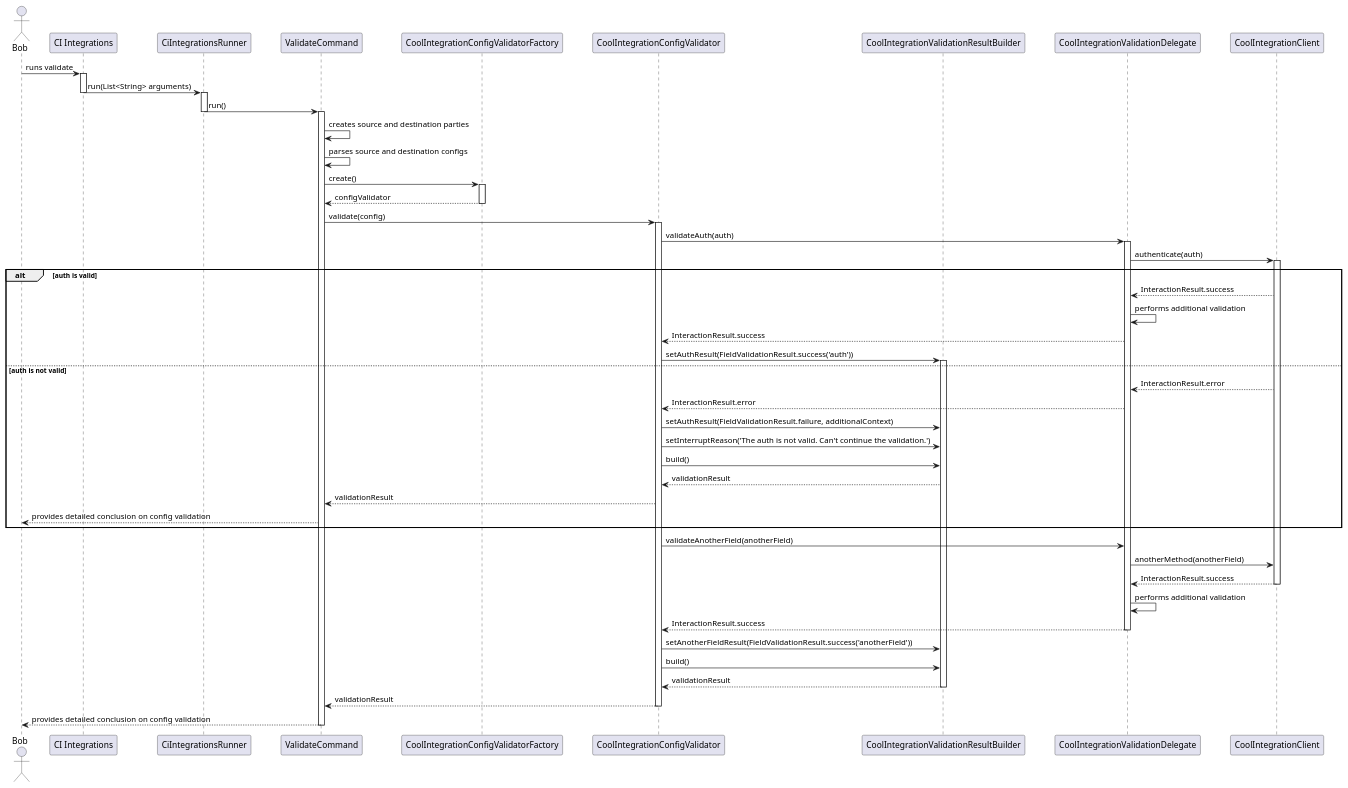
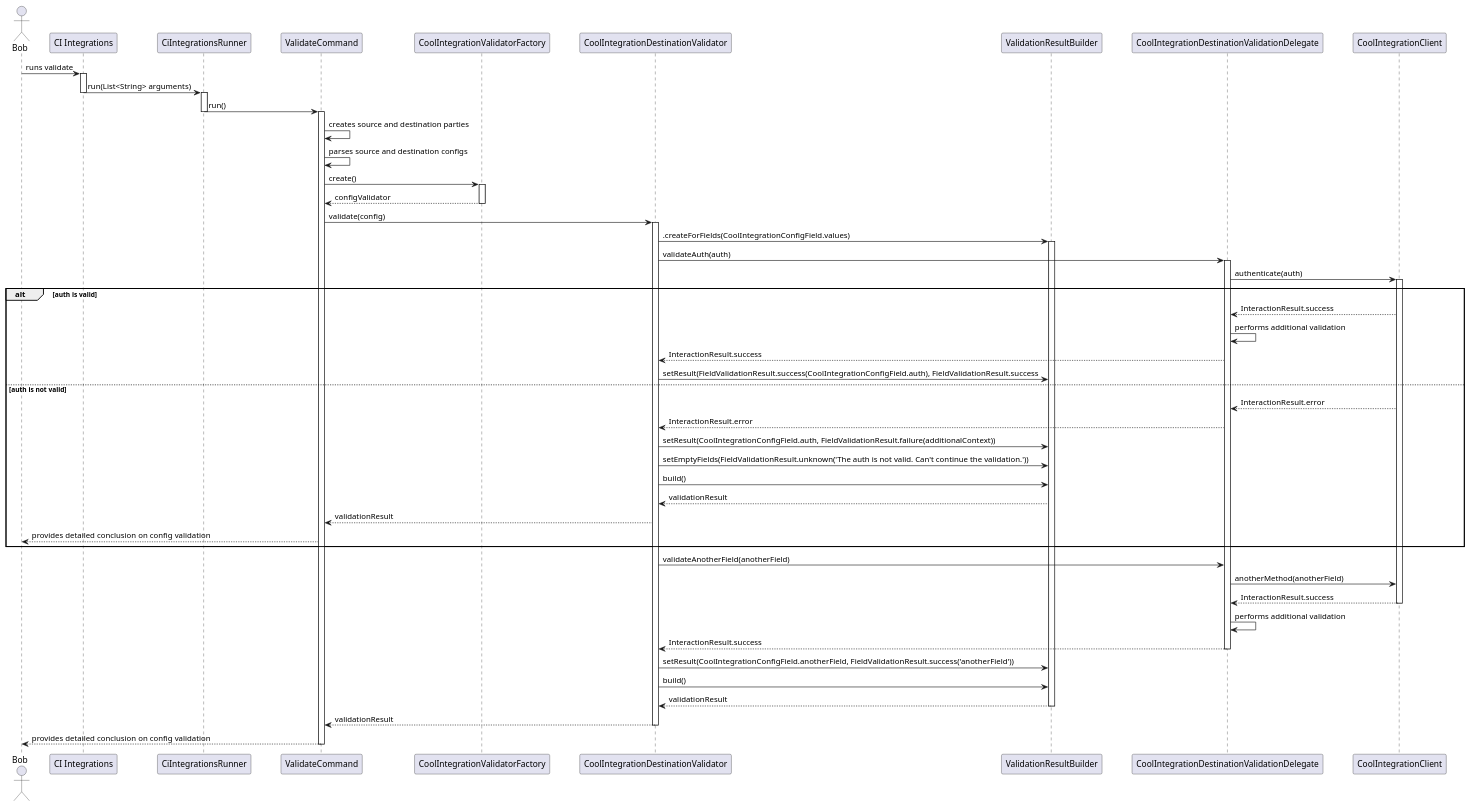
The diagram in metrics/ci_integrations/docs/diagrams/ci_integrations_config_validator_sequence_diagram.puml (Flank/flank-dashboard), drawn with PlantUML before and after one commit. The commit also changed 3 other files, not shown here.

Commit message:
Update config validator design

```diff
--- a/metrics/ci_integrations/docs/diagrams/ci_integrations_config_validator_sequence_diagram.puml
+++ b/metrics/ci_integrations/docs/diagrams/ci_integrations_config_validator_sequence_diagram.puml
@@ -1,94 +1,96 @@
 @startuml ci_integrations_config_validator_sequence_diagram
 
 skinparam ParticipantPadding 20
 skinparam BoxPadding 10
 
 actor Bob
 
 participant "CI Integrations"
 participant CiIntegrationsRunner
 participant ValidateCommand
-participant CoolIntegrationConfigValidatorFactory
-participant CoolIntegrationConfigValidator
-participant CoolIntegrationValidationResultBuilder
-participant CoolIntegrationValidationDelegate
+participant CoolIntegrationValidatorFactory
+participant CoolIntegrationDestinationValidator
+participant ValidationResultBuilder
+participant CoolIntegrationDestinationValidationDelegate
 participant CoolIntegrationClient
 
 Bob -> "CI Integrations" : runs validate
 activate "CI Integrations"
 
 "CI Integrations" -> CiIntegrationsRunner: run(List<String> arguments)
 deactivate "CI Integrations"
 activate CiIntegrationsRunner
 
 CiIntegrationsRunner -> ValidateCommand: run()
 deactivate CiIntegrationsRunner
 activate ValidateCommand
 
 ValidateCommand -> ValidateCommand : creates source and destination parties
 ValidateCommand -> ValidateCommand : parses source and destination configs
 
-ValidateCommand -> CoolIntegrationConfigValidatorFactory : create()
-activate CoolIntegrationConfigValidatorFactory
+ValidateCommand -> CoolIntegrationValidatorFactory : create()
+activate CoolIntegrationValidatorFactory
 
-CoolIntegrationConfigValidatorFactory --> ValidateCommand : configValidator
-deactivate CoolIntegrationConfigValidatorFactory
+CoolIntegrationValidatorFactory --> ValidateCommand : configValidator
+deactivate CoolIntegrationValidatorFactory
 
-ValidateCommand -> CoolIntegrationConfigValidator : validate(config)
-activate CoolIntegrationConfigValidator
+ValidateCommand -> CoolIntegrationDestinationValidator : validate(config)
+activate CoolIntegrationDestinationValidator
 
-CoolIntegrationConfigValidator -> CoolIntegrationValidationDelegate : validateAuth(auth)
-activate CoolIntegrationValidationDelegate
+CoolIntegrationDestinationValidator -> ValidationResultBuilder : .createForFields(CoolIntegrationConfigField.values)
+activate ValidationResultBuilder
 
-CoolIntegrationValidationDelegate -> CoolIntegrationClient : authenticate(auth)
+CoolIntegrationDestinationValidator -> CoolIntegrationDestinationValidationDelegate : validateAuth(auth)
+
+activate CoolIntegrationDestinationValidationDelegate
+
+CoolIntegrationDestinationValidationDelegate -> CoolIntegrationClient : authenticate(auth)
 activate  CoolIntegrationClient
 
 alt auth is valid
 
-    CoolIntegrationClient --> CoolIntegrationValidationDelegate : InteractionResult.success
-    CoolIntegrationValidationDelegate -> CoolIntegrationValidationDelegate : performs additional validation
-    CoolIntegrationValidationDelegate --> CoolIntegrationConfigValidator : InteractionResult.success
-    CoolIntegrationConfigValidator -> CoolIntegrationValidationResultBuilder : setAuthResult(FieldValidationResult.success('auth'))
-    activate CoolIntegrationValidationResultBuilder
-
+    CoolIntegrationClient --> CoolIntegrationDestinationValidationDelegate : InteractionResult.success
+    CoolIntegrationDestinationValidationDelegate -> CoolIntegrationDestinationValidationDelegate : performs additional validation
+    CoolIntegrationDestinationValidationDelegate --> CoolIntegrationDestinationValidator : InteractionResult.success
+    CoolIntegrationDestinationValidator -> ValidationResultBuilder : setResult(FieldValidationResult.success(CoolIntegrationConfigField.auth), FieldValidationResult.success
 
 else auth is not valid
 
-    CoolIntegrationClient --> CoolIntegrationValidationDelegate : InteractionResult.error
-    CoolIntegrationValidationDelegate --> CoolIntegrationConfigValidator : InteractionResult.error
-    CoolIntegrationConfigValidator -> CoolIntegrationValidationResultBuilder : setAuthResult(FieldValidationResult.failure, additionalContext)
-    CoolIntegrationConfigValidator -> CoolIntegrationValidationResultBuilder : setInterruptReason('The auth is not valid. Can't continue the validation.')
-    CoolIntegrationConfigValidator -> CoolIntegrationValidationResultBuilder : build()
-    CoolIntegrationValidationResultBuilder --> CoolIntegrationConfigValidator : validationResult
+    CoolIntegrationClient --> CoolIntegrationDestinationValidationDelegate : InteractionResult.error
+    CoolIntegrationDestinationValidationDelegate --> CoolIntegrationDestinationValidator : InteractionResult.error
+    CoolIntegrationDestinationValidator -> ValidationResultBuilder : setResult(CoolIntegrationConfigField.auth, FieldValidationResult.failure(additionalContext))
+    CoolIntegrationDestinationValidator -> ValidationResultBuilder : setEmptyFields(FieldValidationResult.unknown('The auth is not valid. Can't continue the validation.'))
+    CoolIntegrationDestinationValidator -> ValidationResultBuilder : build()
+    ValidationResultBuilder --> CoolIntegrationDestinationValidator : validationResult
 
-    CoolIntegrationConfigValidator --> ValidateCommand : validationResult
+    CoolIntegrationDestinationValidator --> ValidateCommand : validationResult
     ValidateCommand --> Bob : provides detailed conclusion on config validation
 
 end
 
 
-CoolIntegrationConfigValidator -> CoolIntegrationValidationDelegate : validateAnotherField(anotherField)
-CoolIntegrationValidationDelegate -> CoolIntegrationClient : anotherMethod(anotherField)
+CoolIntegrationDestinationValidator -> CoolIntegrationDestinationValidationDelegate : validateAnotherField(anotherField)
+CoolIntegrationDestinationValidationDelegate -> CoolIntegrationClient : anotherMethod(anotherField)
 
-CoolIntegrationClient --> CoolIntegrationValidationDelegate : InteractionResult.success
+CoolIntegrationClient --> CoolIntegrationDestinationValidationDelegate : InteractionResult.success
 deactivate CoolIntegrationClient
 
-CoolIntegrationValidationDelegate -> CoolIntegrationValidationDelegate : performs additional validation
-CoolIntegrationValidationDelegate --> CoolIntegrationConfigValidator : InteractionResult.success
-deactivate CoolIntegrationValidationDelegate
+CoolIntegrationDestinationValidationDelegate -> CoolIntegrationDestinationValidationDelegate : performs additional validation
+CoolIntegrationDestinationValidationDelegate --> CoolIntegrationDestinationValidator : InteractionResult.success
+deactivate CoolIntegrationDestinationValidationDelegate
 
-CoolIntegrationConfigValidator -> CoolIntegrationValidationResultBuilder : setAnotherFieldResult(FieldValidationResult.success('anotherField'))
-CoolIntegrationConfigValidator -> CoolIntegrationValidationResultBuilder : build()
-CoolIntegrationValidationResultBuilder --> CoolIntegrationConfigValidator : validationResult
+CoolIntegrationDestinationValidator -> ValidationResultBuilder : setResult(CoolIntegrationConfigField.anotherField, FieldValidationResult.success('anotherField'))
+CoolIntegrationDestinationValidator -> ValidationResultBuilder : build()
+ValidationResultBuilder --> CoolIntegrationDestinationValidator : validationResult
 
-deactivate CoolIntegrationValidationResultBuilder
+deactivate ValidationResultBuilder
 
-CoolIntegrationConfigValidator --> ValidateCommand : validationResult
+CoolIntegrationDestinationValidator --> ValidateCommand : validationResult
 
-deactivate CoolIntegrationConfigValidator
+deactivate CoolIntegrationDestinationValidator
 
 ValidateCommand --> Bob : provides detailed conclusion on config validation
 
 deactivate ValidateCommand
 
 @enduml
```
